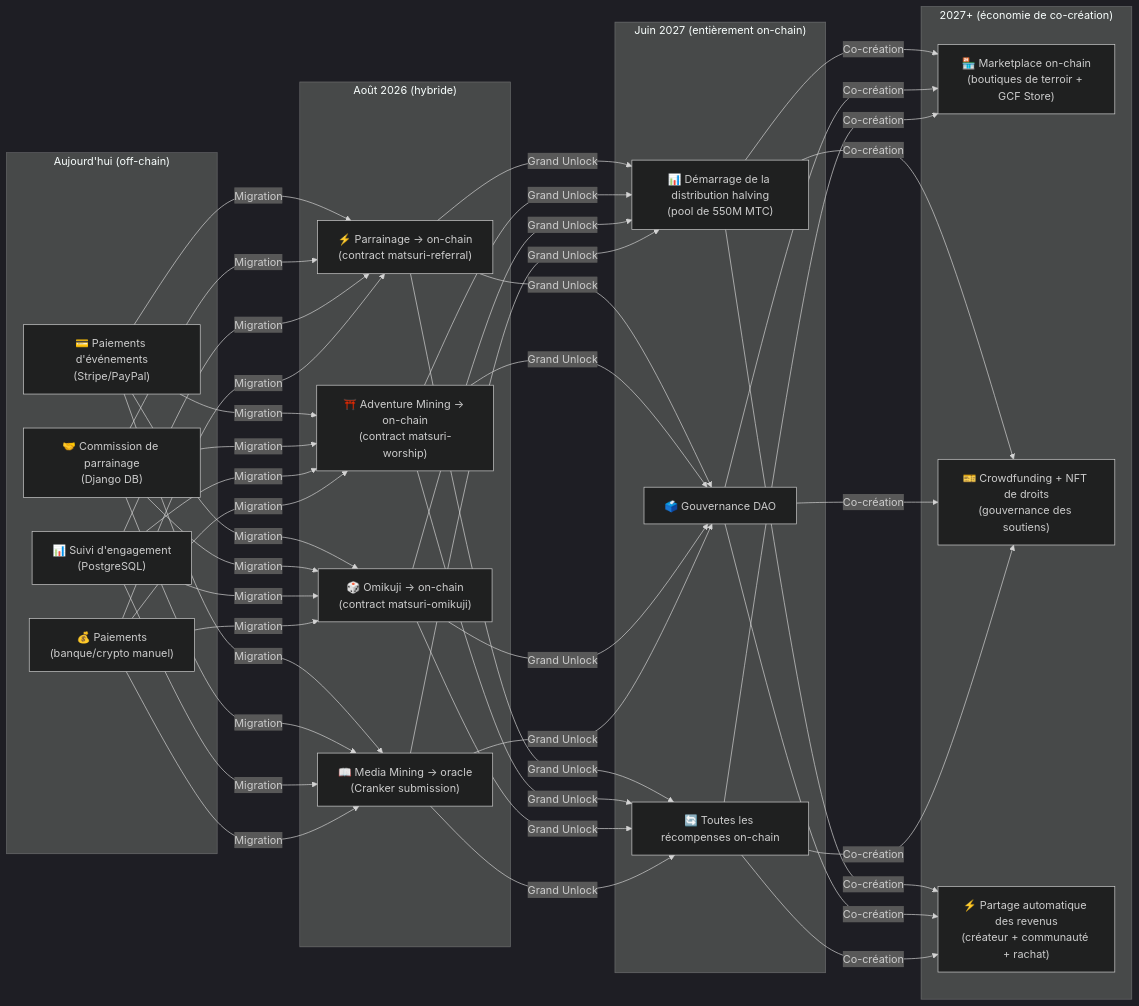
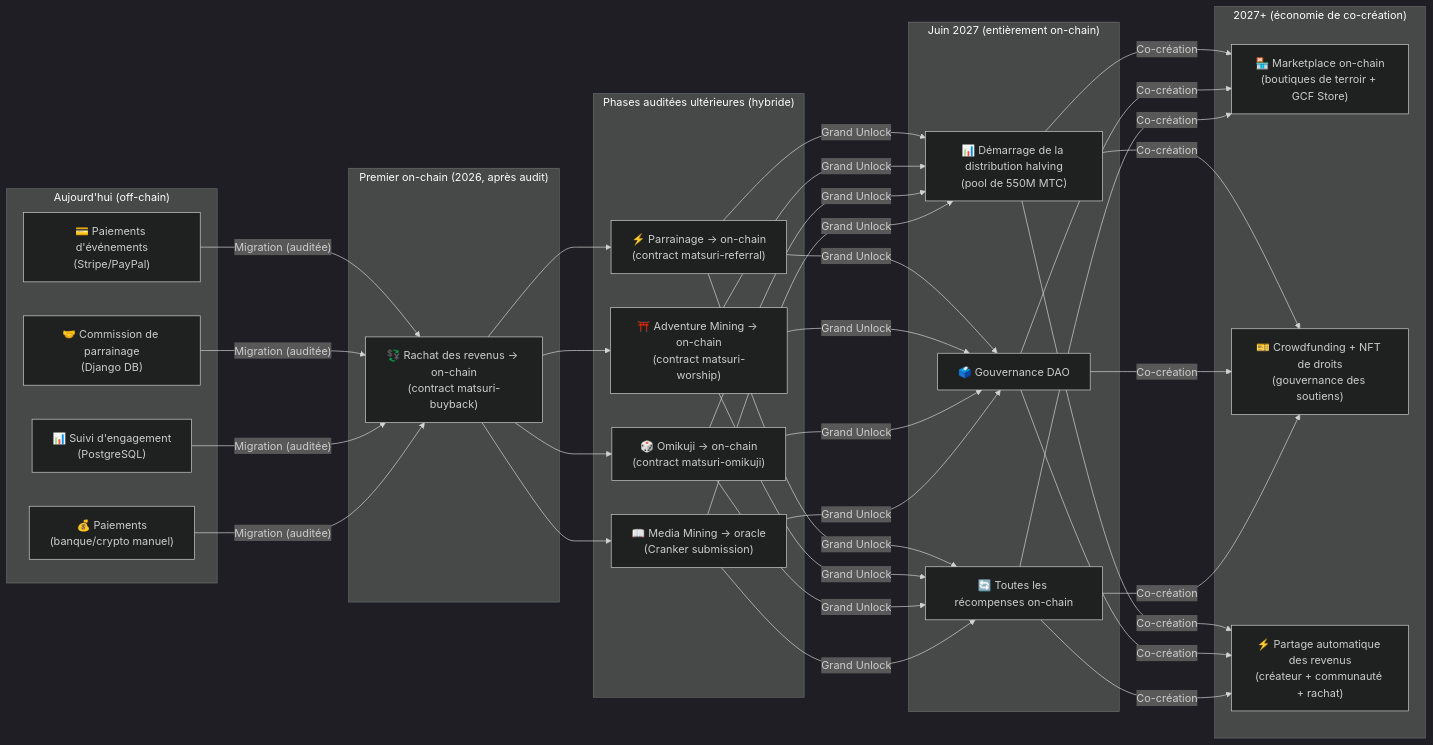
Before and after one commit to Cootakahashi/matsuri-dao-whitepaper: the fourth of 4 diagrams in i18n/fr/docusaurus-plugin-content-docs/current/04-mining.md, drawn with Mermaid (dark theme). The commit also changed other lines of this file and 79 other files, not shown here.

First line of the commit message:
docs: re-sequence on-chain roadmap to match the staged Hashlock audit (20 locales)

````diff
--- a/i18n/fr/docusaurus-plugin-content-docs/current/04-mining.md
+++ b/i18n/fr/docusaurus-plugin-content-docs/current/04-mining.md
@@ -334,28 +344,32 @@
 ```mermaid
 graph LR
     subgraph "Aujourd'hui (off-chain)"
         O1["💳 Paiements d'événements\n(Stripe/PayPal)"]
         O2["🤝 Commission de parrainage\n(Django DB)"]
         O3["📊 Suivi d'engagement\n(PostgreSQL)"]
         O4["💰 Paiements\n(banque/crypto manuel)"]
     end
-    subgraph "Août 2026 (hybride)"
+    subgraph "Premier on-chain (2026, après audit)"
+        H0["💱 Rachat des revenus → on-chain\n(contract matsuri-buyback)"]
+    end
+    subgraph "Phases auditées ultérieures (hybride)"
         H1["⚡ Parrainage → on-chain\n(contract matsuri-referral)"]
         H2["⛩️ Adventure Mining → on-chain\n(contract matsuri-worship)"]
         H3["🎲 Omikuji → on-chain\n(contract matsuri-omikuji)"]
         H4["📖 Media Mining → oracle\n(Cranker submission)"]
     end
     subgraph "Juin 2027 (entièrement on-chain)"
         F1["📊 Démarrage de la distribution halving\n(pool de 550M MTC)"]
         F2["🗳️ Gouvernance DAO"]
         F3["🔄 Toutes les récompenses on-chain"]
     end
     subgraph "2027+ (économie de co-création)"
         G1["🏪 Marketplace on-chain\n(boutiques de terroir + GCF Store)"]
         G2["🎫 Crowdfunding + NFT de droits\n(gouvernance des soutiens)"]
         G3["⚡ Partage automatique des revenus\n(créateur + communauté + rachat)"]
     end
-    O1 & O2 & O3 & O4 -->|"Migration"| H1 & H2 & H3 & H4
+    O1 & O2 & O3 & O4 -->|"Migration (auditée)"| H0
+    H0 --> H1 & H2 & H3 & H4
     H1 & H2 & H3 & H4 -->|"Grand Unlock"| F1 & F2 & F3
     F1 & F2 & F3 -->|"Co-création"| G1 & G2 & G3
 ```
````
